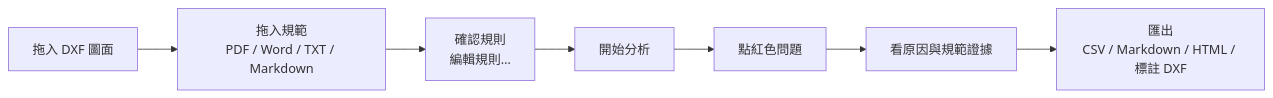
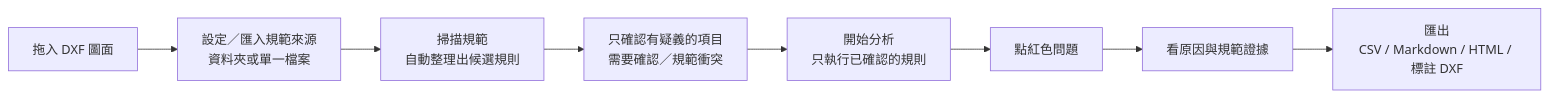
Before and after one commit to rita112025-cpu/Engineering_Route_Inspector: the diagram in README.md, drawn with Mermaid. The commit also changed other lines of this file and 25 other files, not shown here.

````diff
--- a/README.md
+++ b/README.md
@@ -27,9 +27,10 @@
 ```mermaid
 flowchart LR
-    A[拖入 DXF 圖面] --> B[拖入規範<br/>PDF / Word / TXT / Markdown]
-    B --> C[確認規則<br/>編輯規則…]
-    C --> D[開始分析]
+    A[拖入 DXF 圖面] --> B[設定／匯入規範來源<br/>資料夾或單一檔案]
+    B --> B2[掃描規範<br/>自動整理出候選規則]
+    B2 --> C[只確認有疑義的項目<br/>需要確認／規範衝突]
+    C --> D[開始分析<br/>只執行已確認的規則]
     D --> E[點紅色問題]
     E --> F[看原因與規範證據]
     F --> G[匯出<br/>CSV / Markdown / HTML / 標註 DXF]
 ```
````
